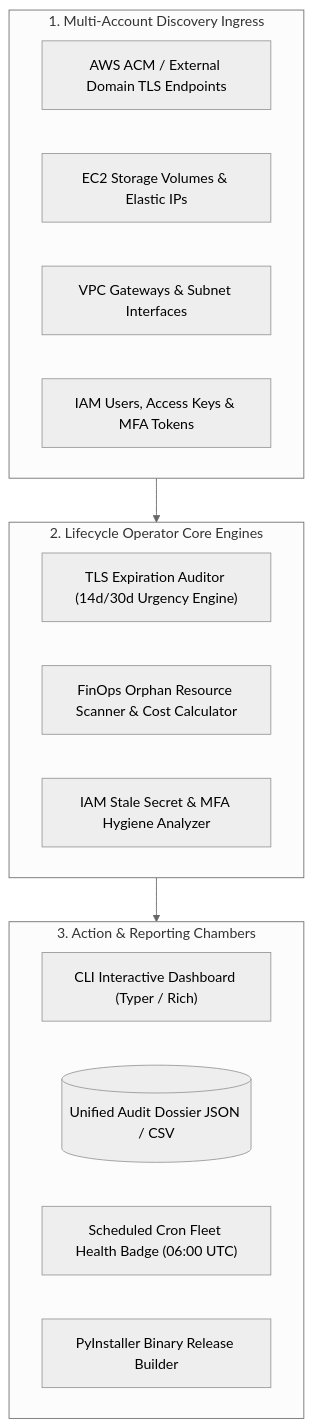
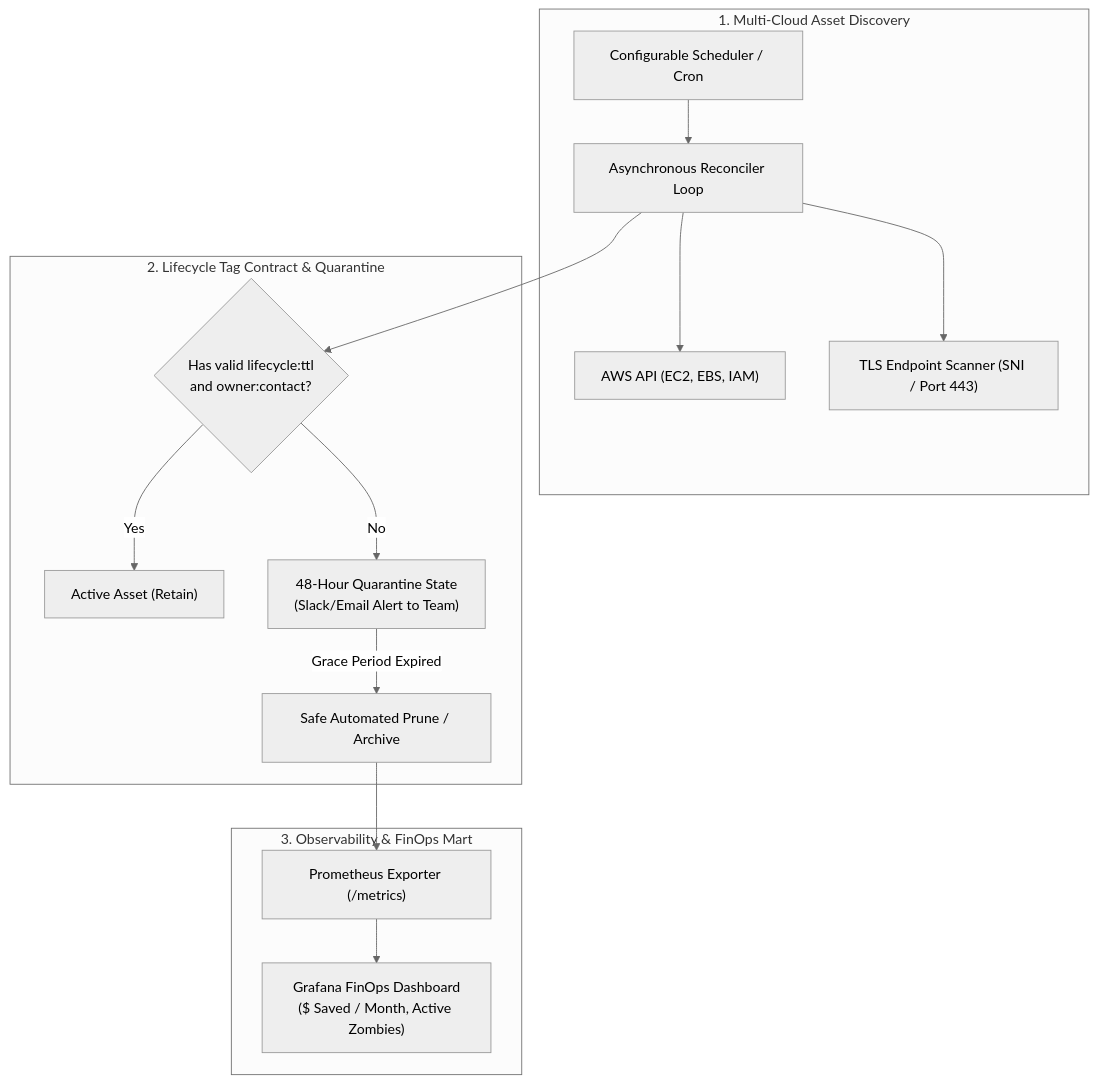
The diagram in README.md (FreeFades2Black/cloud-asset-lifecycle-operator), drawn with Mermaid (neutral theme) before and after one commit. The commit also changed other lines of this file and 7 other files, not shown here.

Commit message:
feat(ops): add FinOps ADRs, API throttling runbook, rate-limit RCA, and Grafana board

````diff
--- a/README.md
+++ b/README.md
@@ -27,25 +12,20 @@
 ```mermaid
 flowchart TD
-    subgraph S1["1. Multi-Account Discovery Ingress"]
-        A1["AWS ACM / External Domain TLS Endpoints"]
-        A2["EC2 Storage Volumes & Elastic IPs"]
-        A3["VPC Gateways & Subnet Interfaces"]
-        A4["IAM Users, Access Keys & MFA Tokens"]
+    subgraph MultiCloudScan ["1. Multi-Cloud Asset Discovery"]
+        Cron["Configurable Scheduler / Cron"] --> Reconciler["Asynchronous Reconciler Loop"]
+        Reconciler --> AWS["AWS API (EC2, EBS, IAM)"]
+        Reconciler --> TLS["TLS Endpoint Scanner (SNI / Port 443)"]
     end
 
-    subgraph S2["2. Lifecycle Operator Core Engines"]
-        B1["TLS Expiration Auditor (14d/30d Urgency Engine)"]
-        B2["FinOps Orphan Resource Scanner & Cost Calculator"]
-        B3["IAM Stale Secret & MFA Hygiene Analyzer"]
+    subgraph AuditEngine ["2. Lifecycle Tag Contract & Quarantine"]
+        Reconciler --> TagCheck{"Has valid lifecycle:ttl<br/>and owner:contact?"}
+        TagCheck -->|Yes| Active["Active Asset (Retain)"]
+        TagCheck -->|No| Quarantine["48-Hour Quarantine State<br/>(Slack/Email Alert to Team)"]
+        Quarantine -->|Grace Period Expired| Prune["Safe Automated Prune / Archive"]
     end
 
-    subgraph S3["3. Action & Reporting Chambers"]
-        C1["CLI Interactive Dashboard (Typer / Rich)"]
-        C2[("Unified Audit Dossier JSON / CSV")]
-        C3["Scheduled Cron Fleet Health Badge (06:00 UTC)"]
-        C4["PyInstaller Binary Release Builder"]
+    subgraph FinOpsReporting ["3. Observability & FinOps Mart"]
+        Prune --> Exporter["Prometheus Exporter (/metrics)"]
+        Exporter --> Grafana["Grafana FinOps Dashboard<br/>($ Saved / Month, Active Zombies)"]
     end
-
-    S1 --> S2
-    S2 --> S3
 ```
````
